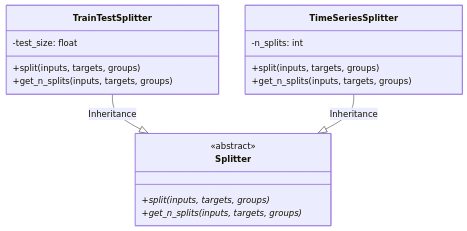
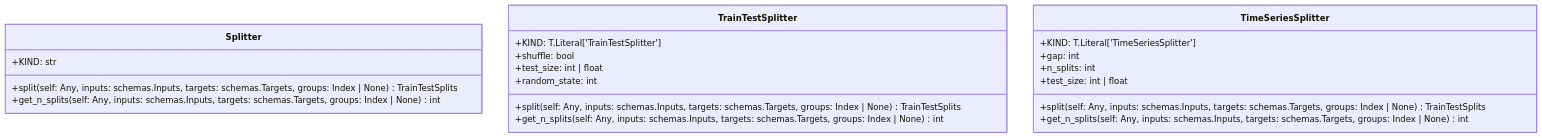
Before and after one commit to lgcorzo/mlops-python-package: the diagram in openwiki/modules/regression_model_template/utils/splitters.md, drawn with Mermaid. The commit also changed other lines of this file and 40 other files, not shown here.

````diff
--- a/openwiki/modules/regression_model_template/utils/splitters.md
+++ b/openwiki/modules/regression_model_template/utils/splitters.md
@@ -26,22 +23,25 @@
 ```mermaid
 classDiagram
     direction BT
     class Splitter {
-        <<abstract>>
-        +split(inputs, targets, groups)*
-        +get_n_splits(inputs, targets, groups)*
+        +KIND: str
+        +split(self: Any, inputs: schemas.Inputs, targets: schemas.Targets, groups: Index | None) TrainTestSplits
+        +get_n_splits(self: Any, inputs: schemas.Inputs, targets: schemas.Targets, groups: Index | None) int
     }
     class TrainTestSplitter {
-        -test_size: float
-        +split(inputs, targets, groups)
-        +get_n_splits(inputs, targets, groups)
+        +KIND: T.Literal['TrainTestSplitter']
+        +shuffle: bool
+        +test_size: int | float
+        +random_state: int
+        +split(self: Any, inputs: schemas.Inputs, targets: schemas.Targets, groups: Index | None) TrainTestSplits
+        +get_n_splits(self: Any, inputs: schemas.Inputs, targets: schemas.Targets, groups: Index | None) int
     }
     class TimeSeriesSplitter {
-        -n_splits: int
-        +split(inputs, targets, groups)
-        +get_n_splits(inputs, targets, groups)
+        +KIND: T.Literal['TimeSeriesSplitter']
+        +gap: int
+        +n_splits: int
+        +test_size: int | float
+        +split(self: Any, inputs: schemas.Inputs, targets: schemas.Targets, groups: Index | None) TrainTestSplits
+        +get_n_splits(self: Any, inputs: schemas.Inputs, targets: schemas.Targets, groups: Index | None) int
     }
-
-    Splitter <|-- TrainTestSplitter : Inheritance
-    Splitter <|-- TimeSeriesSplitter : Inheritance
 ```
````
